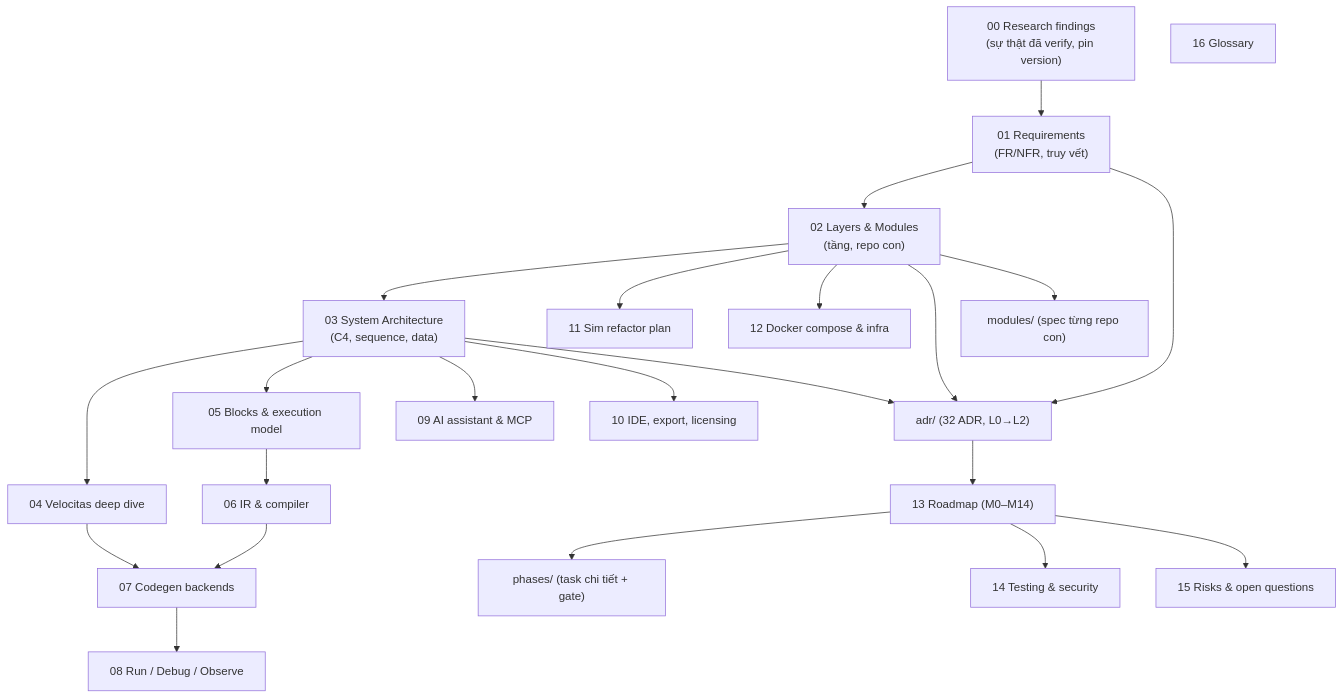
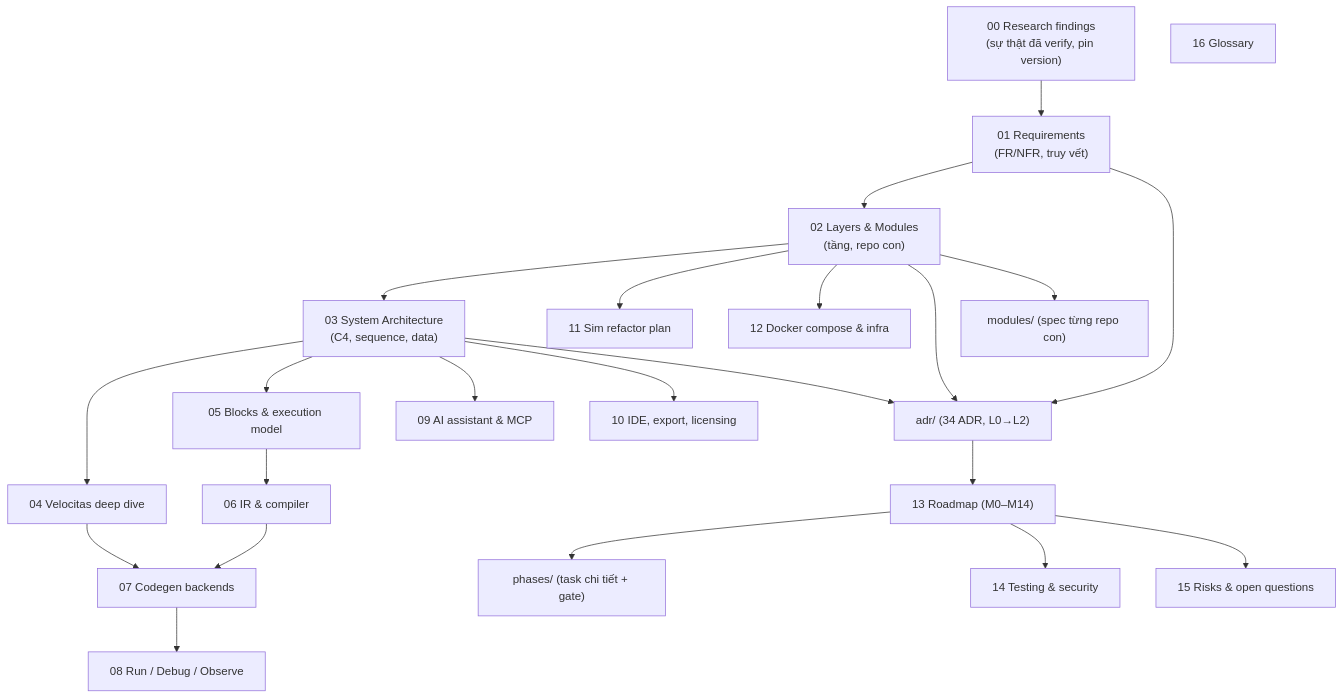
Before and after one commit to ltnguyenlt2k/simvehicleapp: the diagram in analysis/README.md, drawn with Mermaid. The commit also changed other lines of this file and 14 other files, not shown here.

Commit message:
meta: align documentation with M0 gates and release roadmap

````diff
--- a/analysis/README.md
+++ b/analysis/README.md
@@ -8,22 +8,22 @@
 ```mermaid
 flowchart TB
   R00["00 Research findings<br/>(sự thật đã verify, pin version)"] --> R01["01 Requirements<br/>(FR/NFR, truy vết)"]
   R01 --> R02["02 Layers & Modules<br/>(tầng, repo con)"]
   R02 --> R03["03 System Architecture<br/>(C4, sequence, data)"]
   R03 --> R04["04 Velocitas deep dive"]
   R03 --> R05["05 Blocks & execution model"]
   R05 --> R06["06 IR & compiler"]
   R04 & R06 --> R07["07 Codegen backends"]
   R07 --> R08["08 Run / Debug / Observe"]
   R03 --> R09["09 AI assistant & MCP"]
   R03 --> R10["10 IDE, export, licensing"]
   R02 --> R11["11 Sim refactor plan"]
   R02 --> R12["12 Docker compose & infra"]
-  R01 & R02 & R03 --> ADR["adr/ (32 ADR, L0→L2)"]
+  R01 & R02 & R03 --> ADR["adr/ (34 ADR, L0→L2)"]
   ADR --> R13["13 Roadmap (M0–M14)"]
   R13 --> PH["phases/ (task chi tiết + gate)"]
   R02 --> MOD["modules/ (spec từng repo con)"]
   R13 --> R14["14 Testing & security"]
   R13 --> R15["15 Risks & open questions"]
   R16["16 Glossary"]
 ```
````
